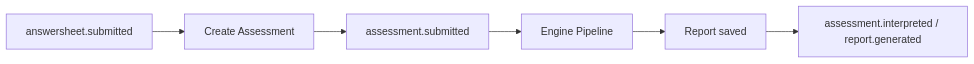
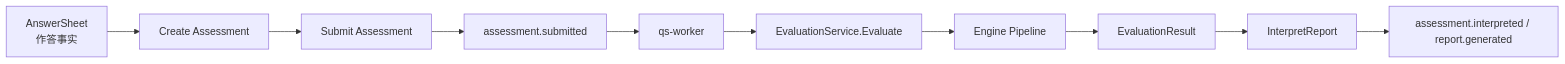
One commit to FangcunMount/qs-server changed the first of 2 diagrams in docs/02-业务模块/evaluation/README.md. Above: the diagram before and after it, drawn with Mermaid. The commit also changed other lines of this file and 8 other files, not shown here.

````diff
--- a/docs/02-业务模块/evaluation/README.md
+++ b/docs/02-业务模块/evaluation/README.md
@@ -15,11 +200,12 @@
 ```mermaid
 flowchart LR
-    ans["answersheet.submitted"]
-    create["Create Assessment"]
-    submit["assessment.submitted"]
-    engine["Engine Pipeline"]
-    report["Report saved"]
-    events["assessment.interpreted / report.generated"]
-
-    ans --> create --> submit --> engine --> report --> events
+    answer["AnswerSheet<br/>作答事实"] --> create["Create Assessment"]
+    create --> submit["Submit Assessment"]
+    submit --> event["assessment.submitted"]
+    event --> worker["qs-worker"]
+    worker --> eval["EvaluationService.Evaluate"]
+    eval --> pipeline["Engine Pipeline"]
+    pipeline --> result["EvaluationResult"]
+    result --> report["InterpretReport"]
+    report --> events["assessment.interpreted / report.generated"]
 ```
````
